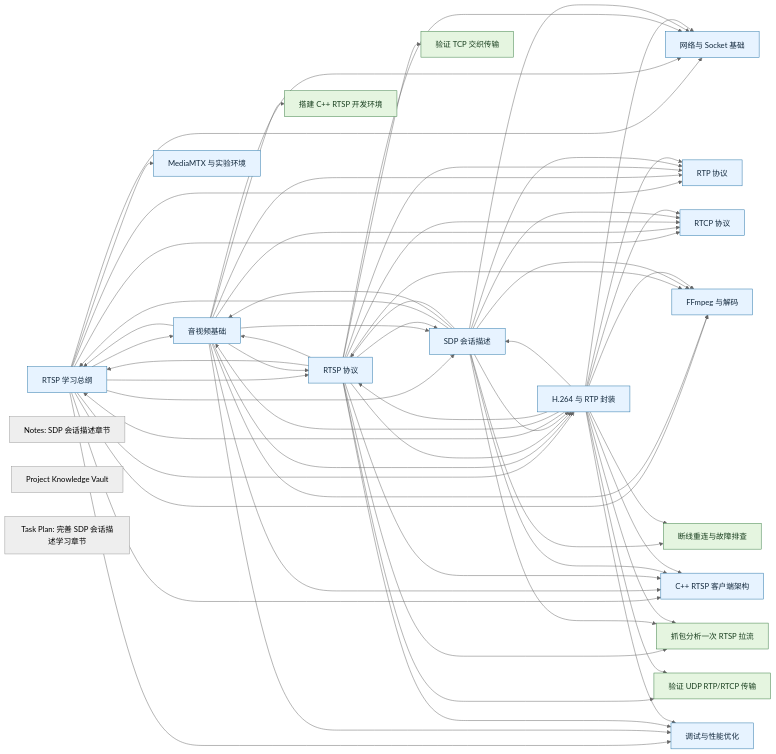
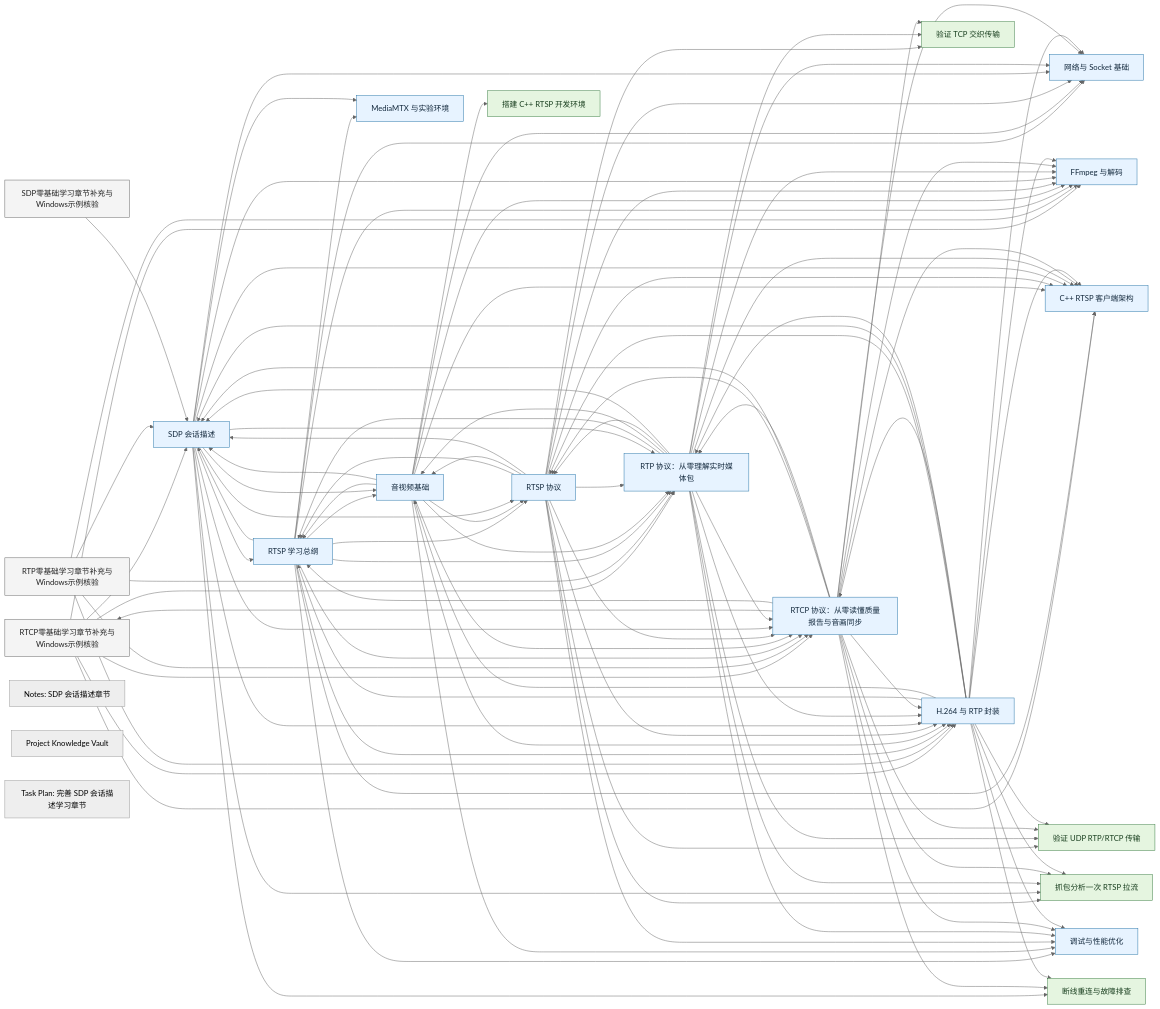
The diagram in .knowledge-vault/graph.md (18828644614/rtsp), drawn with Mermaid (neutral theme) before and after one commit. The commit also changed 11 other files, not shown here.

````diff
--- a/.knowledge-vault/graph.md
+++ b/.knowledge-vault/graph.md
@@ -5,101 +5,147 @@
 ```mermaid
 graph LR
-    n0["RTSP 学习总纲"]
-    class n0 topic
-    n1["网络与 Socket 基础"]
-    class n1 topic
-    n2["音视频基础"]
-    class n2 topic
-    n3["RTSP 协议"]
+    n0["RTCP零基础学习章节补充与Windows示例核验"]
+    class n0 session
+    n1["RTP零基础学习章节补充与Windows示例核验"]
+    class n1 session
+    n2["SDP零基础学习章节补充与Windows示例核验"]
+    class n2 session
+    n3["RTSP 学习总纲"]
     class n3 topic
-    n4["SDP 会话描述"]
+    n4["网络与 Socket 基础"]
     class n4 topic
-    n5["RTP 协议"]
+    n5["音视频基础"]
     class n5 topic
-    n6["RTCP 协议"]
+    n6["RTSP 协议"]
     class n6 topic
-    n7["H.264 与 RTP 封装"]
+    n7["SDP 会话描述"]
     class n7 topic
-    n8["FFmpeg 与解码"]
+    n8["RTP 协议：从零理解实时媒体包"]
     class n8 topic
-    n9["MediaMTX 与实验环境"]
+    n9["RTCP 协议：从零读懂质量报告与音画同步"]
     class n9 topic
-    n10["C++ RTSP 客户端架构"]
+    n10["H.264 与 RTP 封装"]
     class n10 topic
-    n11["调试与性能优化"]
+    n11["FFmpeg 与解码"]
     class n11 topic
-    n12["搭建 C++ RTSP 开发环境"]
-    class n12 runbook
-    n13["抓包分析一次 RTSP 拉流"]
-    class n13 runbook
-    n14["验证 TCP 交织传输"]
-    class n14 runbook
-    n15["验证 UDP RTP/RTCP 传输"]
+    n12["MediaMTX 与实验环境"]
+    class n12 topic
+    n13["C++ RTSP 客户端架构"]
+    class n13 topic
+    n14["调试与性能优化"]
+    class n14 topic
+    n15["搭建 C++ RTSP 开发环境"]
     class n15 runbook
-    n16["断线重连与故障排查"]
+    n16["抓包分析一次 RTSP 拉流"]
     class n16 runbook
-    n17["Notes: SDP 会话描述章节"]
-    n18["Project Knowledge Vault"]
-    n19["Task Plan: 完善 SDP 会话描述学习章节"]
-    n0 --> n1
-    n0 --> n2
-    n0 --> n3
-    n0 --> n4
-    n0 --> n5
-    n0 --> n6
+    n17["验证 TCP 交织传输"]
+    class n17 runbook
+    n18["验证 UDP RTP/RTCP 传输"]
+    class n18 runbook
+    n19["断线重连与故障排查"]
+    class n19 runbook
+    n20["Notes: SDP 会话描述章节"]
+    n21["Project Knowledge Vault"]
+    n22["Task Plan: 完善 SDP 会话描述学习章节"]
     n0 --> n7
     n0 --> n8
     n0 --> n9
     n0 --> n10
     n0 --> n11
-    n2 --> n0
-    n2 --> n1
-    n2 --> n3
-    n2 --> n4
-    n2 --> n5
-    n2 --> n6
+    n0 --> n13
+    n1 --> n7
+    n1 --> n8
+    n1 --> n9
+    n1 --> n10
+    n1 --> n11
     n2 --> n7
-    n2 --> n8
-    n2 --> n10
-    n2 --> n11
-    n2 --> n12
-    n3 --> n0
-    n3 --> n1
-    n3 --> n2
     n3 --> n4
     n3 --> n5
     n3 --> n6
     n3 --> n7
     n3 --> n8
+    n3 --> n9
     n3 --> n10
     n3 --> n11
+    n3 --> n12
     n3 --> n13
     n3 --> n14
-    n3 --> n15
-    n4 --> n0
-    n4 --> n1
-    n4 --> n2
-    n4 --> n3
-    n4 --> n5
-    n4 --> n6
-    n4 --> n7
-    n4 --> n8
-    n4 --> n10
-    n4 --> n13
-    n4 --> n16
-    n7 --> n0
-    n7 --> n1
-    n7 --> n2
+    n5 --> n3
+    n5 --> n4
+    n5 --> n6
+    n5 --> n7
+    n5 --> n8
+    n5 --> n9
+    n5 --> n10
+    n5 --> n11
+    n5 --> n13
+    n5 --> n14
+    n5 --> n15
+    n6 --> n3
+    n6 --> n4
+    n6 --> n5
+    n6 --> n7
+    n6 --> n8
+    n6 --> n9
+    n6 --> n10
+    n6 --> n11
+    n6 --> n13
+    n6 --> n14
+    n6 --> n16
+    n6 --> n17
+    n6 --> n18
     n7 --> n3
     n7 --> n4
     n7 --> n5
     n7 --> n6
     n7 --> n8
+    n7 --> n9
     n7 --> n10
     n7 --> n11
+    n7 --> n12
     n7 --> n13
-    n7 --> n15
     n7 --> n16
+    n7 --> n19
+    n8 --> n3
+    n8 --> n4
+    n8 --> n5
+    n8 --> n6
+    n8 --> n7
+    n8 --> n9
+    n8 --> n10
+    n8 --> n11
+    n8 --> n13
+    n8 --> n14
+    n8 --> n16
+    n8 --> n17
+    n8 --> n18
+    n9 --> n0
+    n9 --> n3
+    n9 --> n4
+    n9 --> n6
+    n9 --> n7
+    n9 --> n8
+    n9 --> n10
+    n9 --> n11
+    n9 --> n13
+    n9 --> n14
+    n9 --> n16
+    n9 --> n17
+    n9 --> n18
+    n9 --> n19
+    n10 --> n3
+    n10 --> n4
+    n10 --> n5
+    n10 --> n6
+    n10 --> n7
+    n10 --> n8
+    n10 --> n9
+    n10 --> n11
+    n10 --> n13
+    n10 --> n14
+    n10 --> n16
+    n10 --> n18
+    n10 --> n19
     classDef session fill:#f4f4f4,stroke:#666,color:#222
     classDef topic fill:#e7f3ff,stroke:#2774a8,color:#13293d
     classDef decision fill:#fff2cc,stroke:#a67c00,color:#3d3000
````
